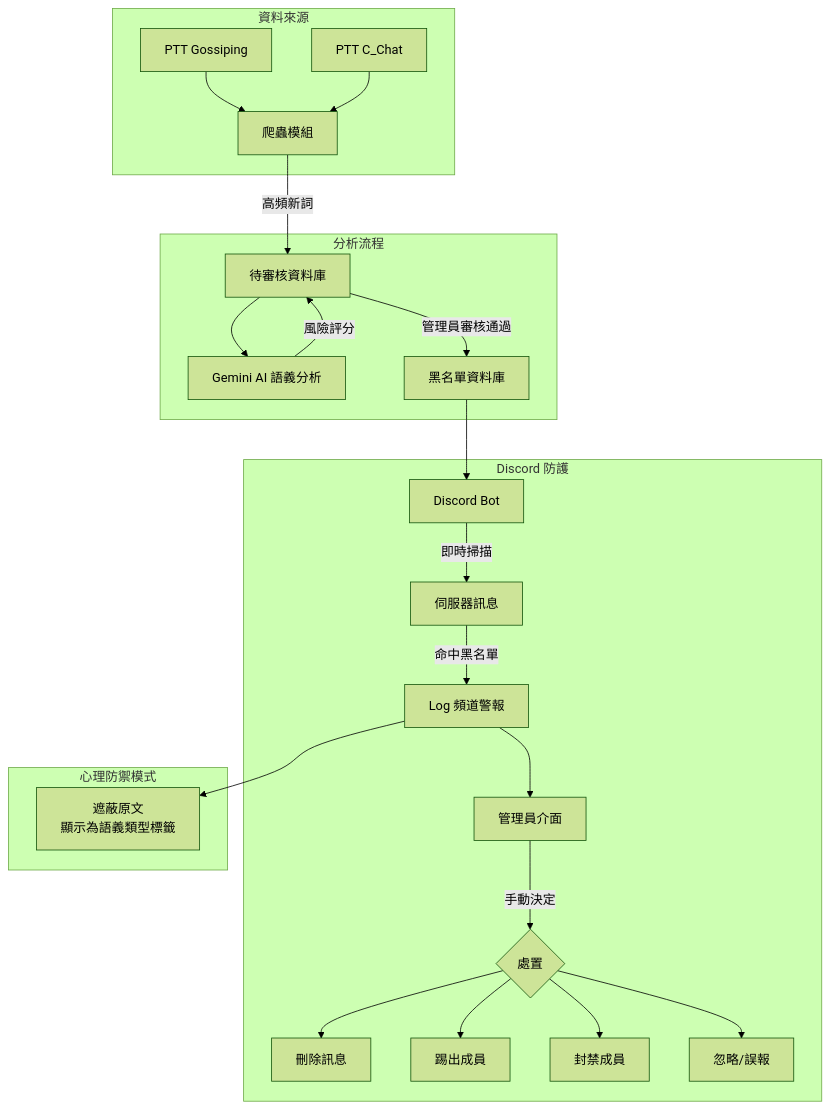
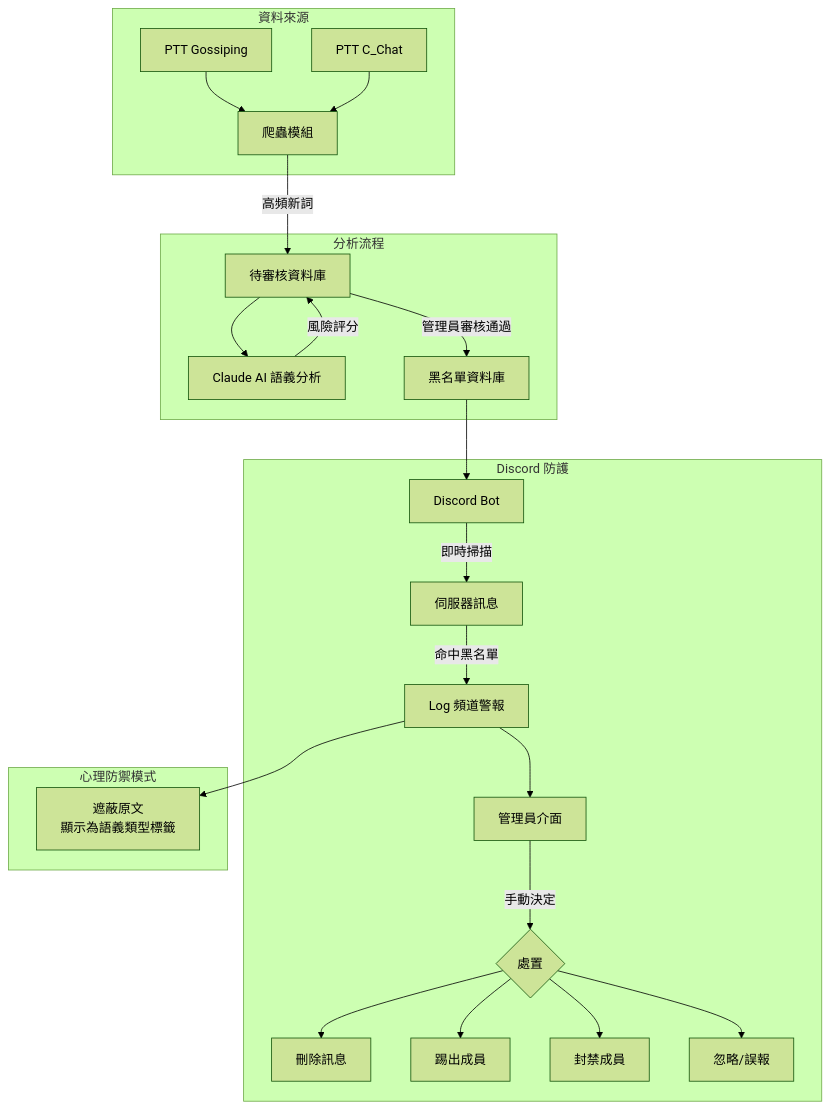
The first of 3 diagrams in README.md (erwin50331/Pebbles-Shield), drawn with Mermaid (forest theme) before and after one commit. The commit also changed other lines of this file and 3 other files, not shown here.

````diff
--- a/README.md
+++ b/README.md
@@ -29,30 +29,30 @@
 ```mermaid
 flowchart TD
     subgraph 資料來源
         A[PTT Gossiping] --> S[爬蟲模組]
         B[PTT C_Chat] --> S
     end
 
     subgraph 分析流程
         S --> |高頻新詞| P[待審核資料庫]
-        P --> G[Gemini AI 語義分析]
+        P --> G[Claude AI 語義分析]
         G --> |風險評分| P
         P --> |管理員審核通過| BL[黑名單資料庫]
     end
 
     subgraph Discord 防護
         BL --> BOT[Discord Bot]
         BOT --> |即時掃描| MSG[伺服器訊息]
         MSG --> |命中黑名單| LOG[Log 頻道警報]
         LOG --> ADMIN[管理員介面]
         ADMIN --> |手動決定| ACT{處置}
         ACT --> DEL[刪除訊息]
         ACT --> KICK[踢出成員]
         ACT --> BAN[封禁成員]
         ACT --> IGN[忽略/誤報]
     end
 
     subgraph 心理防禦模式
         LOG --> MASK[遮蔽原文\n顯示為語義類型標籤]
     end
 ```
````
